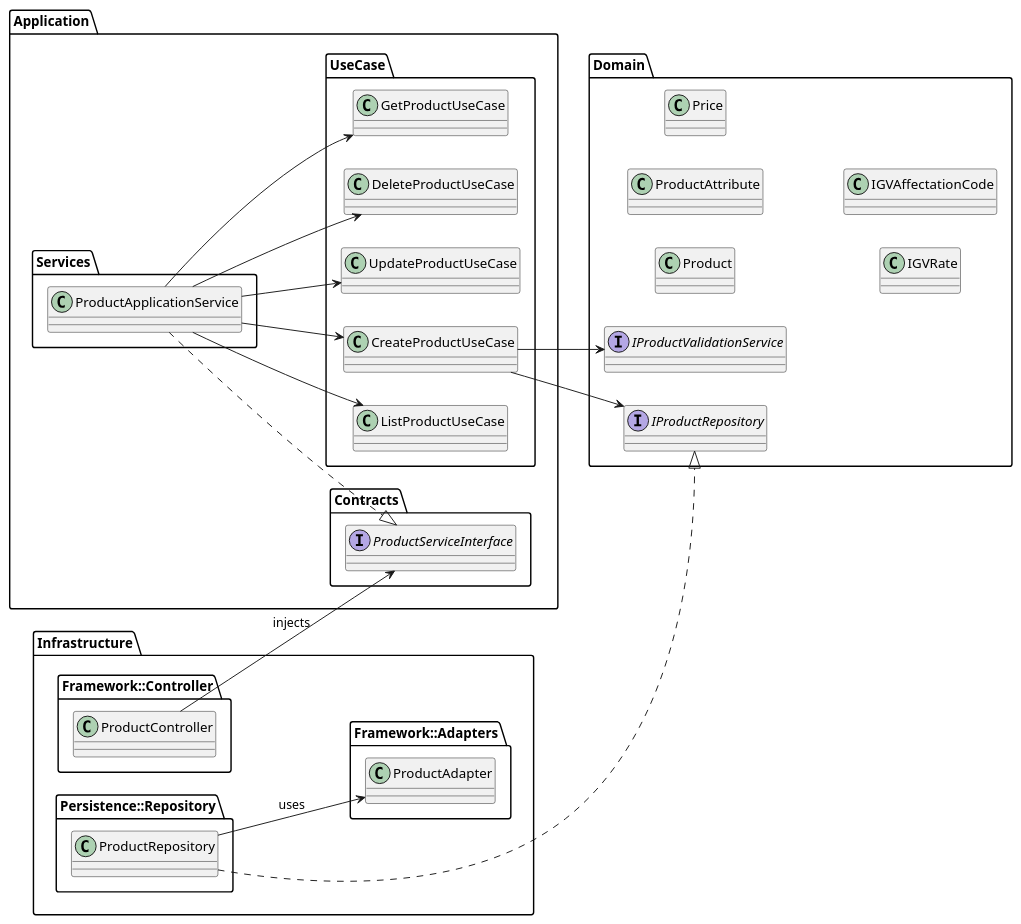
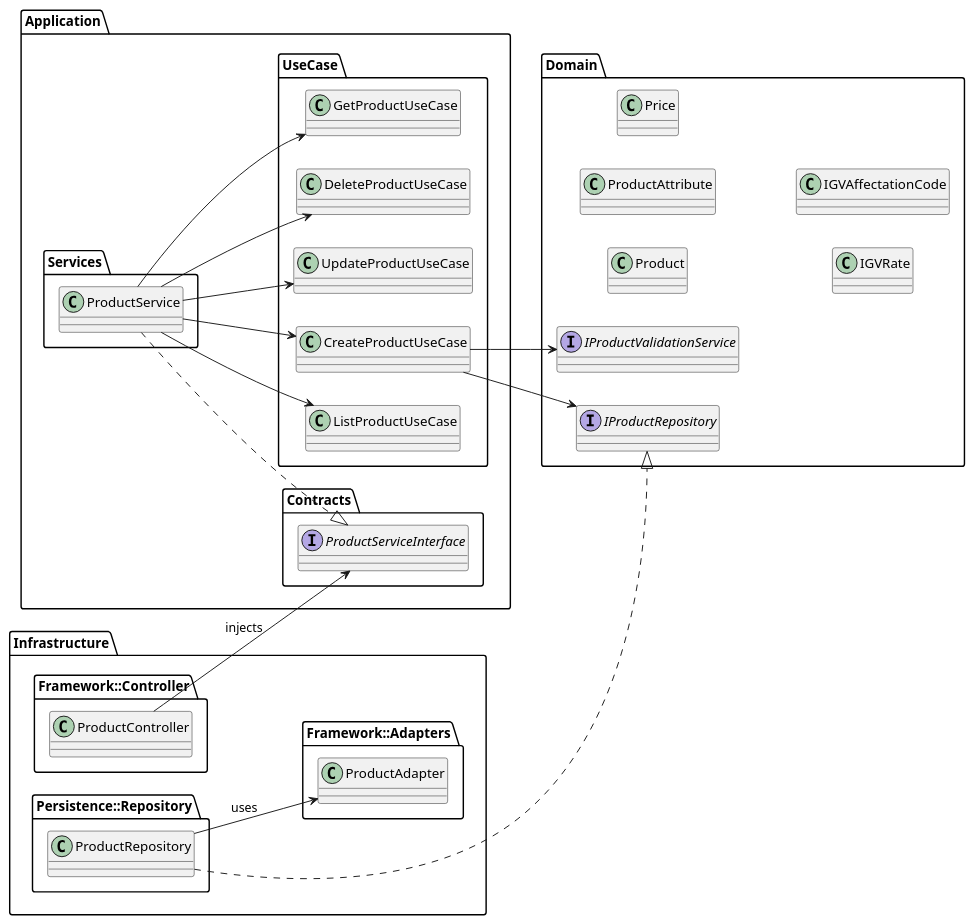
The first of 2 diagrams in README.md (Ncerna/sale-hub), drawn with PlantUML before and after one commit. The commit also changed other lines of this file and 17 other files, not shown here.

```diff
--- a/README.md
+++ b/README.md
@@ -21,63 +21,63 @@
 @startuml
 left to right direction
 
 package "Domain" {
     interface IProductRepository
     interface IProductValidationService
 
     class Product
     class ProductAttribute
     class Price
     class IGVRate
     class IGVAffectationCode
 }
 
 package "Application" {
 
     package "Contracts" {
         interface ProductServiceInterface
     }
 
     package "Services" {
-        class ProductApplicationService
-        ProductApplicationService ..|> ProductServiceInterface
+        class ProductService
+        ProductService ..|> ProductServiceInterface
     }
 
     package "UseCase" {
         class CreateProductUseCase
         class UpdateProductUseCase
         class DeleteProductUseCase
         class GetProductUseCase
         class ListProductUseCase
 
         CreateProductUseCase --> IProductRepository
         CreateProductUseCase --> IProductValidationService
     }
 
-    ProductApplicationService --> CreateProductUseCase
-    ProductApplicationService --> UpdateProductUseCase
-    ProductApplicationService --> DeleteProductUseCase
-    ProductApplicationService --> GetProductUseCase
-    ProductApplicationService --> ListProductUseCase
+    ProductService --> CreateProductUseCase
+    ProductService --> UpdateProductUseCase
+    ProductService --> DeleteProductUseCase
+    ProductService --> GetProductUseCase
+    ProductService --> ListProductUseCase
 }
 
 package "Infrastructure" {
 
     package "Framework::Controller" {
         class ProductController
         ProductController --> ProductServiceInterface : injects
     }
 
     package "Persistence::Repository" {
         class ProductRepository
         ProductRepository ..|> IProductRepository
     }
 
     package "Framework::Adapters" {
         class ProductAdapter
     }
 
     ProductRepository --> ProductAdapter : uses
 }
 
 @enduml
```
